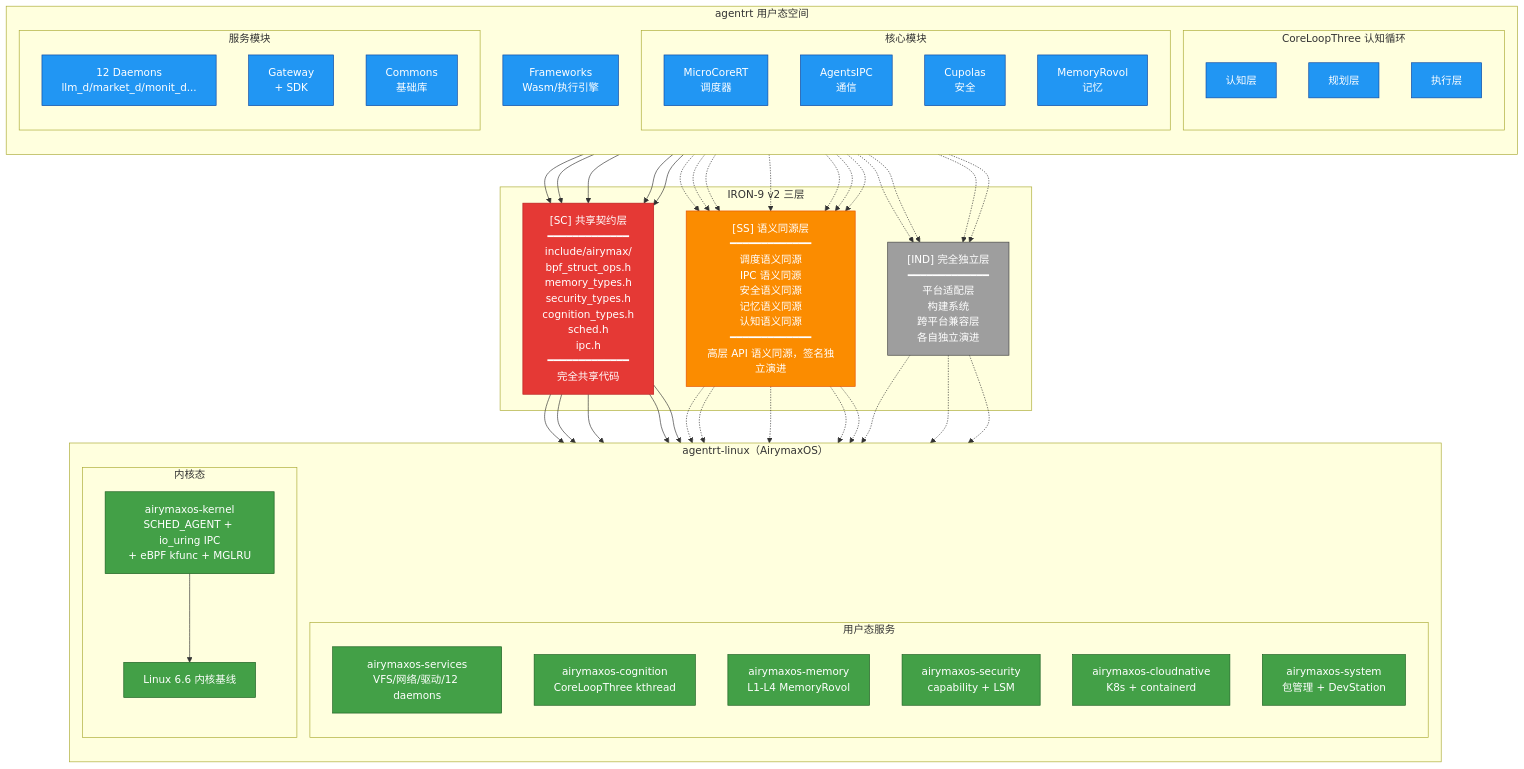
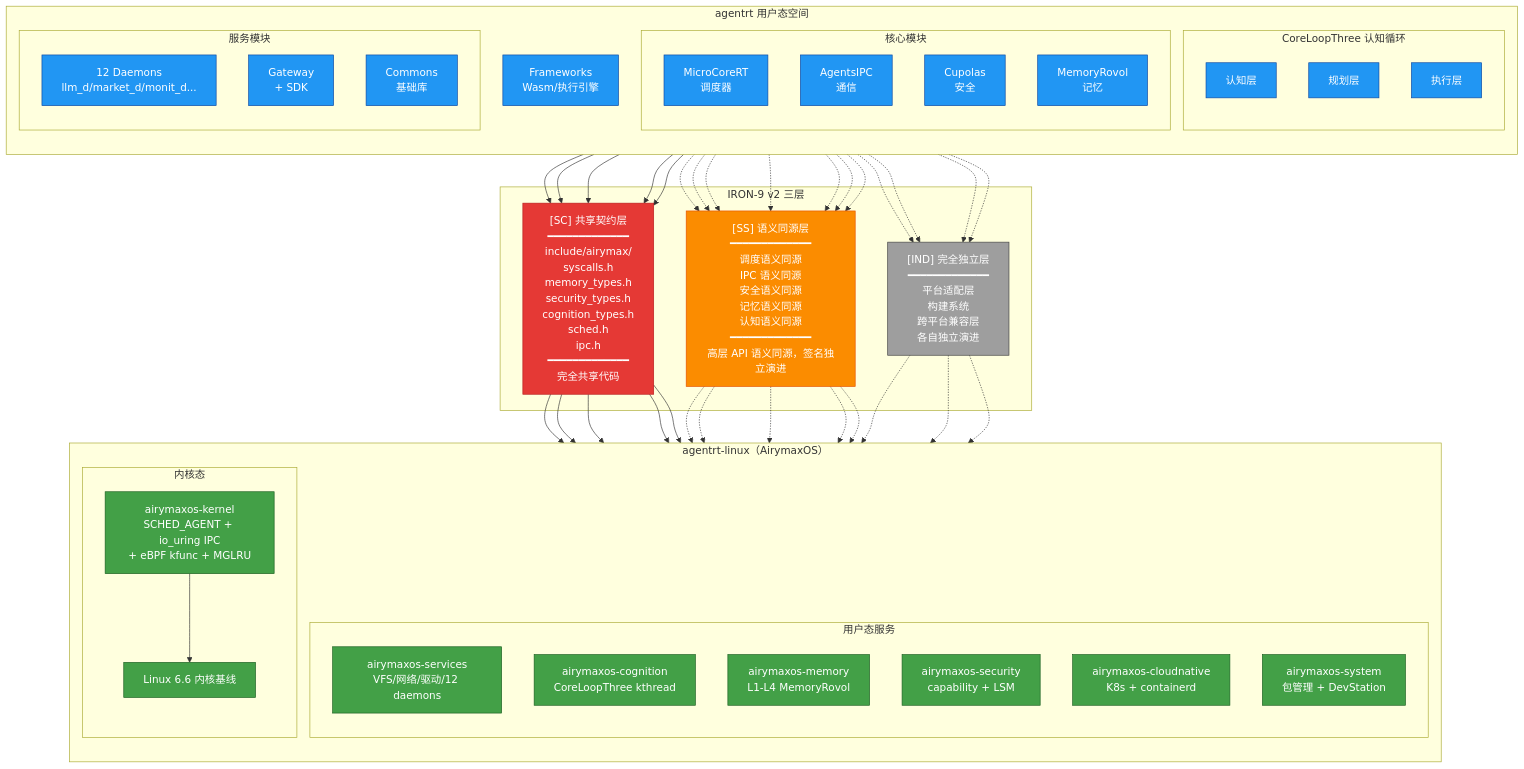
The first of 4 diagrams in AirymaxOS/50-engineering-standards/40-integration/agentrt_integration.md (SpharxTeam/Docs), drawn with Mermaid before and after one commit. The commit also changed other lines of this file and 151 other files, not shown here.

```diff
--- a/AirymaxOS/50-engineering-standards/40-integration/agentrt_integration.md
+++ b/AirymaxOS/50-engineering-standards/40-integration/agentrt_integration.md
@@ -51,7 +51,7 @@
     end
 
     subgraph "IRON-9 v2 三层"
-        SC["[SC] 共享契约层<br/>━━━━━━━━━━━━━<br/>include/airymax/<br/>bpf_struct_ops.h<br/>memory_types.h<br/>security_types.h<br/>cognition_types.h<br/>sched.h<br/>ipc.h<br/>━━━━━━━━━━━━━<br/>完全共享代码"]
+        SC["[SC] 共享契约层<br/>━━━━━━━━━━━━━<br/>include/airymax/<br/>syscalls.h<br/>memory_types.h<br/>security_types.h<br/>cognition_types.h<br/>sched.h<br/>ipc.h<br/>━━━━━━━━━━━━━<br/>完全共享代码"]
         SS["[SS] 语义同源层<br/>━━━━━━━━━━━━━<br/>调度语义同源<br/>IPC 语义同源<br/>安全语义同源<br/>记忆语义同源<br/>认知语义同源<br/>━━━━━━━━━━━━━<br/>高层 API 语义同源，签名独立演进"]
         IND["[IND] 完全独立层<br/>━━━━━━━━━━━━━<br/>平台适配层<br/>构建系统<br/>跨平台兼容层<br/>各自独立演进"]
     end
```
